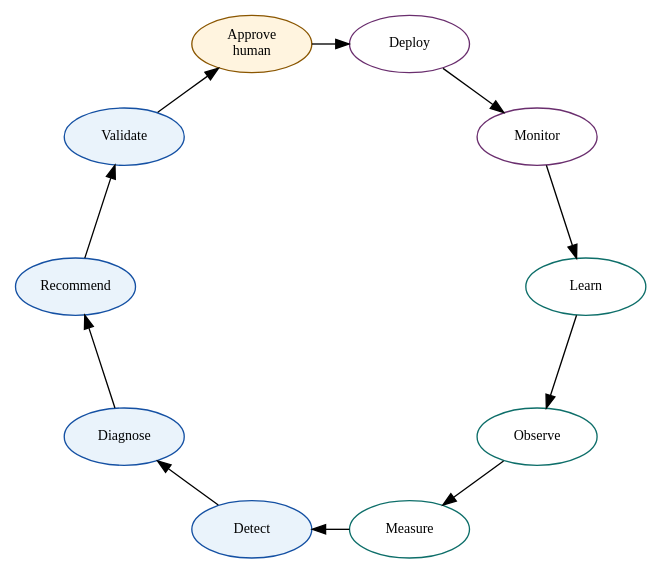
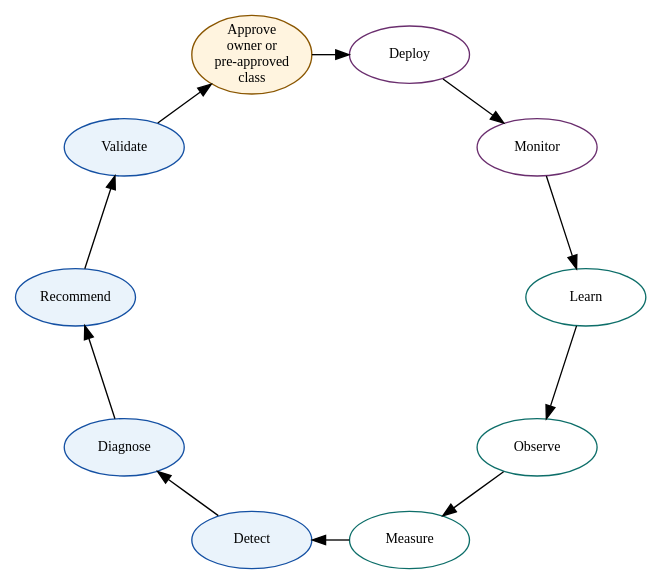
The diagram in assets/diagrams/src/learning-loop.gv (rrahimi-uci/building-enterprise-general-intelligence), drawn with Graphviz before and after one commit. The commit also changed 29 other files, not shown here.

```diff
--- a/assets/diagrams/src/learning-loop.gv
+++ b/assets/diagrams/src/learning-loop.gv
@@ -1,22 +1,23 @@
-// Figure 25-1 — The continuous improvement loop.
+// Figure 25-3 — The continuous improvement loop.
 // Message: production evidence returns as a versioned, approved change. The
-// loop is closed but it is not automatic; approval is a step, not a formality.
+// loop is closed but it is not automatic; approval is a step, not a formality,
+// granted by an owner or by a change class approved in advance.
 digraph learning_loop {
   layout = circo
   graph [mindist=0.42]
   node [width=1.25, height=0.6, fontsize=10.5, fixedsize=true]
 
   observe   [label="Observe", fillcolor="#E7F5F3", color="#0D6E69"]
   measure   [label="Measure", fillcolor="#E7F5F3", color="#0D6E69"]
   detect    [label="Detect", fillcolor="#EAF3FB", color="#1450A3", style=filled]
   diagnose  [label="Diagnose", fillcolor="#EAF3FB", color="#1450A3", style=filled]
   recommend [label="Recommend", fillcolor="#EAF3FB", color="#1450A3", style=filled]
   validate  [label="Validate", fillcolor="#EAF3FB", color="#1450A3", style=filled]
-  approve   [label="Approve\nhuman", fillcolor="#FFF4DF", color="#8A5600", style=filled]
+  approve   [label="Approve\nowner or\npre-approved\nclass", fillcolor="#FFF4DF", color="#8A5600", style=filled, height=0.82]
   deploy    [label="Deploy", fillcolor="#F7ECF8", color="#6A2E6E"]
   monitor   [label="Monitor", fillcolor="#F7ECF8", color="#6A2E6E"]
   learn     [label="Learn", fillcolor="#E7F5F3", color="#0D6E69"]
 
   observe -> measure -> detect -> diagnose -> recommend -> validate
   validate -> approve -> deploy -> monitor -> learn -> observe
 }
```
